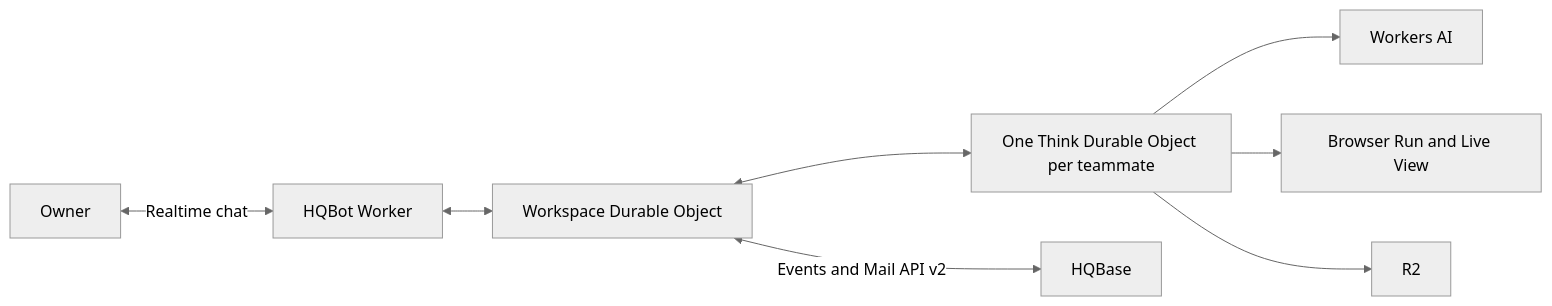
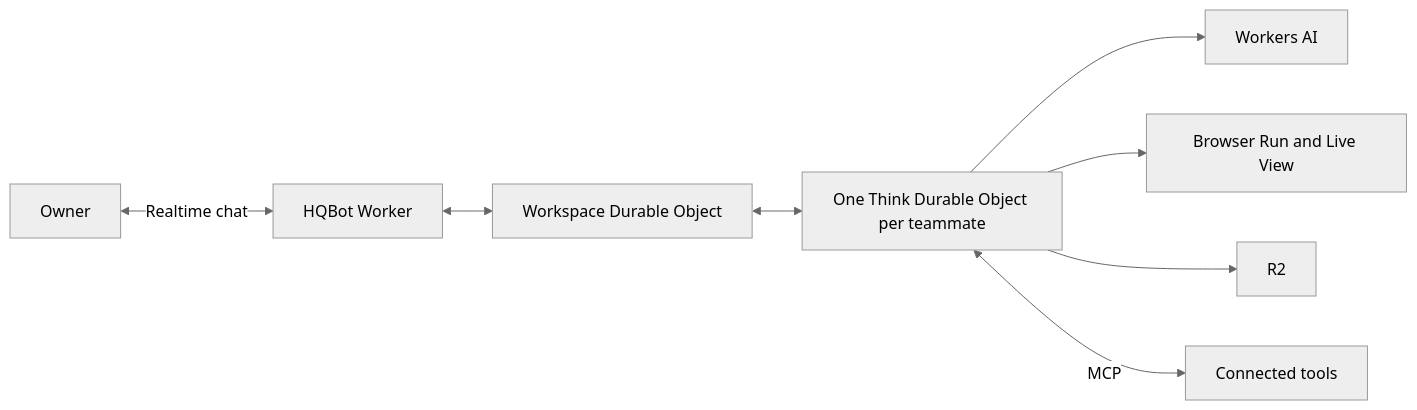
Before and after one commit to HQBase/hqbot: the first of 2 diagrams in README.md, drawn with Mermaid (neutral theme). The commit also changed other lines of this file and 10 other files, not shown here.

````diff
--- a/README.md
+++ b/README.md
@@ -21,10 +21,10 @@
 ```mermaid
 flowchart LR
   Owner[Owner] <-->|Realtime chat| App[HQBot Worker]
   App <--> Workspace[Workspace Durable Object]
   Workspace <--> Bot[One Think Durable Object per teammate]
   Bot --> AI[Workers AI]
   Bot --> Browser[Browser Run and Live View]
   Bot --> Files[R2]
-  Workspace <-->|Events and Mail API v2| Mail[HQBase]
+  Bot <-->|MCP| Tools[Connected tools]
 ```
````
